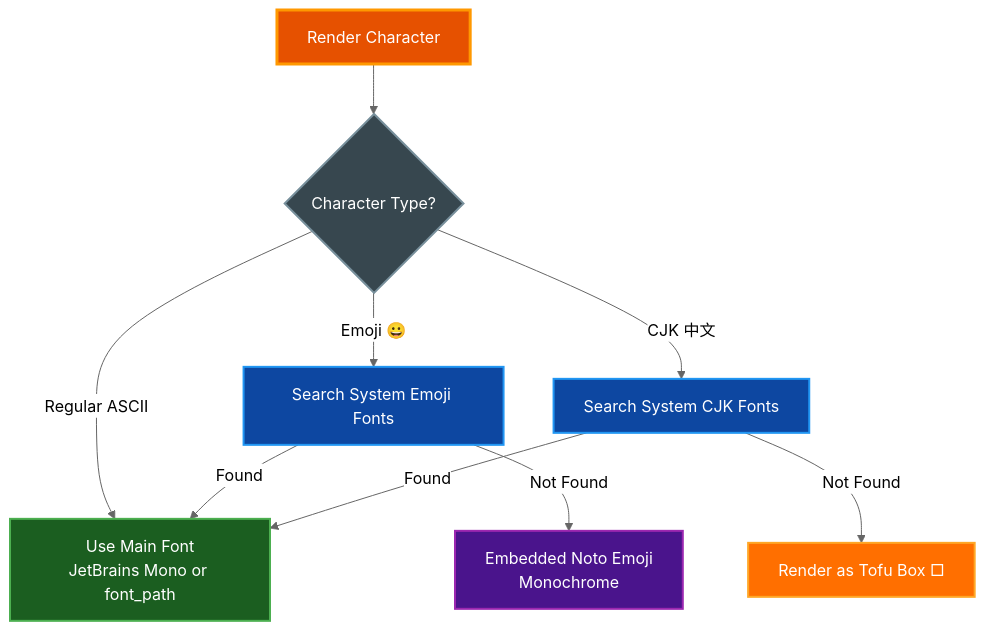
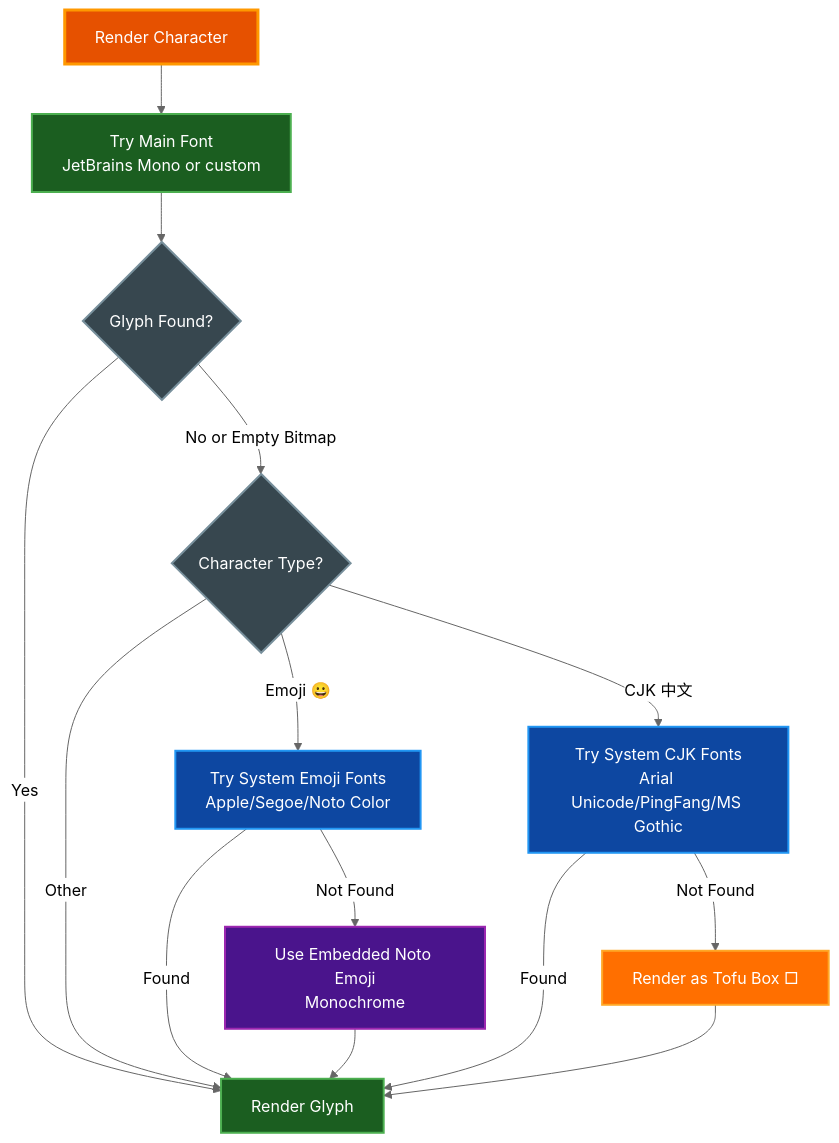
The diagram in docs/FONTS.md (paulrobello/par-term-emu-core-rust), drawn with Mermaid (neutral theme) before and after one commit. The commit also changed other lines of this file and 13 other files, not shown here.

````diff
--- a/docs/FONTS.md
+++ b/docs/FONTS.md
@@ -44,30 +60,40 @@
 ```mermaid
 graph TD
     Start[Render Character]
-    CheckChar{Character Type?}
+    TryMain[Try Main Font<br/>JetBrains Mono or custom]
+    CheckSuccess{Glyph Found?}
 
-    Main[Use Main Font<br/>JetBrains Mono or font_path]
-    EmojiSearch[Search System Emoji Fonts]
-    CJKSearch[Search System CJK Fonts]
-    EmojiFallback[Embedded Noto Emoji<br/>Monochrome]
+    CheckType{Character Type?}
+    TrySystemEmoji[Try System Emoji Fonts<br/>Apple/Segoe/Noto Color]
+    TryEmbeddedEmoji[Use Embedded Noto Emoji<br/>Monochrome]
+    TryCJK[Try System CJK Fonts<br/>Arial Unicode/PingFang/MS Gothic]
     Tofu[Render as Tofu Box □]
+    Success[Render Glyph]
 
-    Start --> CheckChar
-    CheckChar -->|Regular ASCII| Main
-    CheckChar -->|Emoji 😀| EmojiSearch
-    CheckChar -->|CJK 中文| CJKSearch
+    Start --> TryMain
+    TryMain --> CheckSuccess
+    CheckSuccess -->|Yes| Success
+    CheckSuccess -->|No or Empty Bitmap| CheckType
 
-    EmojiSearch -->|Found| Main
-    EmojiSearch -->|Not Found| EmojiFallback
+    CheckType -->|Emoji 😀| TrySystemEmoji
+    CheckType -->|CJK 中文| TryCJK
+    CheckType -->|Other| Success
 
-    CJKSearch -->|Found| Main
-    CJKSearch -->|Not Found| Tofu
+    TrySystemEmoji -->|Found| Success
+    TrySystemEmoji -->|Not Found| TryEmbeddedEmoji
+    TryEmbeddedEmoji --> Success
+
+    TryCJK -->|Found| Success
+    TryCJK -->|Not Found| Tofu
+    Tofu --> Success
 
     style Start fill:#e65100,stroke:#ff9800,stroke-width:3px,color:#ffffff
-    style Main fill:#1b5e20,stroke:#4caf50,stroke-width:2px,color:#ffffff
-    style EmojiSearch fill:#0d47a1,stroke:#2196f3,stroke-width:2px,color:#ffffff
-    style CJKSearch fill:#0d47a1,stroke:#2196f3,stroke-width:2px,color:#ffffff
-    style EmojiFallback fill:#4a148c,stroke:#9c27b0,stroke-width:2px,color:#ffffff
+    style TryMain fill:#1b5e20,stroke:#4caf50,stroke-width:2px,color:#ffffff
+    style TrySystemEmoji fill:#0d47a1,stroke:#2196f3,stroke-width:2px,color:#ffffff
+    style TryCJK fill:#0d47a1,stroke:#2196f3,stroke-width:2px,color:#ffffff
+    style TryEmbeddedEmoji fill:#4a148c,stroke:#9c27b0,stroke-width:2px,color:#ffffff
+    style Success fill:#1b5e20,stroke:#4caf50,stroke-width:2px,color:#ffffff
     style Tofu fill:#ff6f00,stroke:#ffa726,stroke-width:2px,color:#ffffff
-    style CheckChar fill:#37474f,stroke:#78909c,stroke-width:2px,color:#ffffff
+    style CheckSuccess fill:#37474f,stroke:#78909c,stroke-width:2px,color:#ffffff
+    style CheckType fill:#37474f,stroke:#78909c,stroke-width:2px,color:#ffffff
 ```
````
